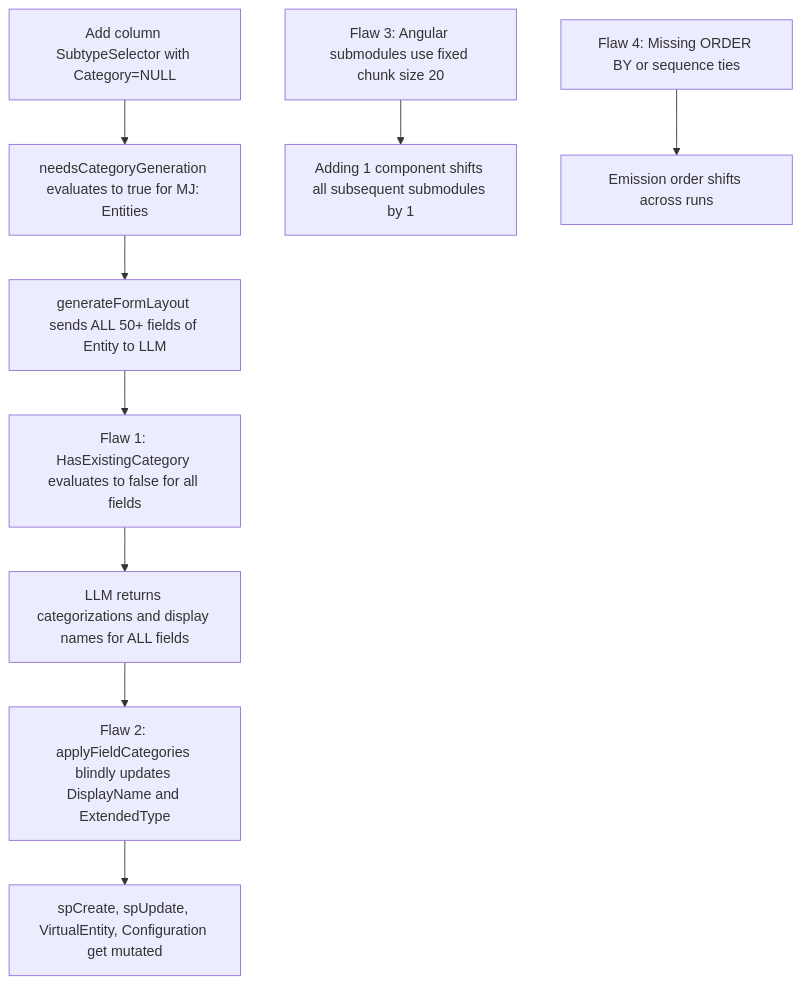
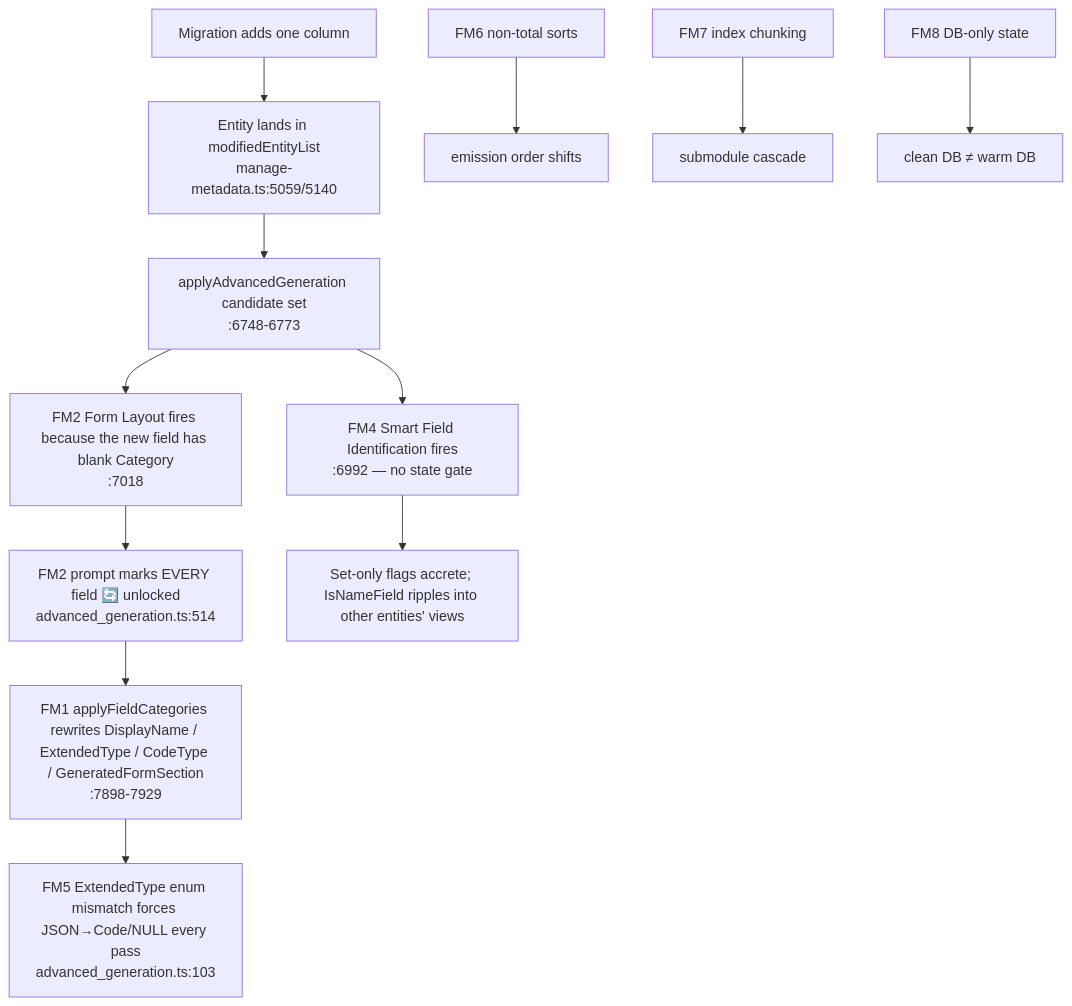
One commit to MemberJunction/MJ changed the diagram in plans/codegen-idempotency-and-field-churn.md. Above: the diagram before and after it, drawn with Mermaid. The commit also changed other lines of this file, not shown here.

First line of the commit message:
docs(codegen): idempotency plan rev 2 — verified root causes, lock model, tests, integration gate

````diff
--- a/plans/codegen-idempotency-and-field-churn.md
+++ b/plans/codegen-idempotency-and-field-churn.md
@@ -34,12 +118,14 @@
 ```mermaid
 flowchart TD
-    A[Add column SubtypeSelector with Category=NULL] --> B[needsCategoryGeneration evaluates to true for MJ: Entities]
-    B --> C[generateFormLayout sends ALL 50+ fields of Entity to LLM]
-    C --> D[Flaw 1: HasExistingCategory evaluates to false for all fields]
-    D --> E[LLM returns categorizations and display names for ALL fields]
-    E --> F[Flaw 2: applyFieldCategories blindly updates DisplayName and ExtendedType]
-    F --> G[spCreate, spUpdate, VirtualEntity, Configuration get mutated]
-    
-    H[Flaw 3: Angular submodules use fixed chunk size 20] --> I[Adding 1 component shifts all subsequent submodules by 1]
-    J[Flaw 4: Missing ORDER BY or sequence ties] --> K[Emission order shifts across runs]
+    A[Migration adds one column] --> B[Entity lands in modifiedEntityList<br/>manage-metadata.ts:5059/5140]
+    B --> C[applyAdvancedGeneration candidate set<br/>:6748-6773]
+    C --> D[FM4 Smart Field Identification fires<br/>:6992 — no state gate]
+    C --> E[FM2 Form Layout fires because the new field has blank Category<br/>:7018]
+    E --> F[FM2 prompt marks EVERY field 🔄 unlocked<br/>advanced_generation.ts:514]
+    F --> G[FM1 applyFieldCategories rewrites DisplayName / ExtendedType / CodeType / GeneratedFormSection<br/>:7898-7929]
+    G --> H[FM5 ExtendedType enum mismatch forces JSON→Code/NULL every pass<br/>advanced_generation.ts:103]
+    D --> I[Set-only flags accrete; IsNameField ripples into other entities' views]
+    J[FM6 non-total sorts] --> K[emission order shifts]
+    L[FM7 index chunking] --> M[submodule cascade]
+    N[FM8 DB-only state] --> O[clean DB ≠ warm DB]
 ```
````
